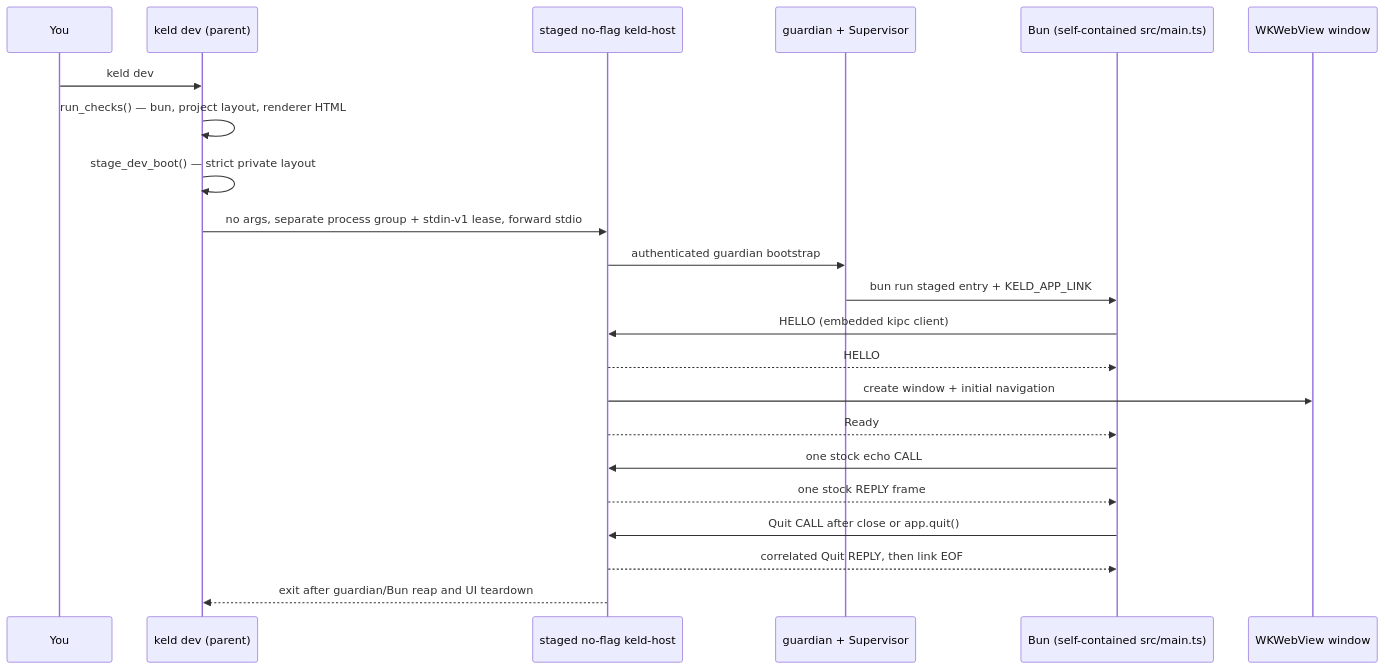
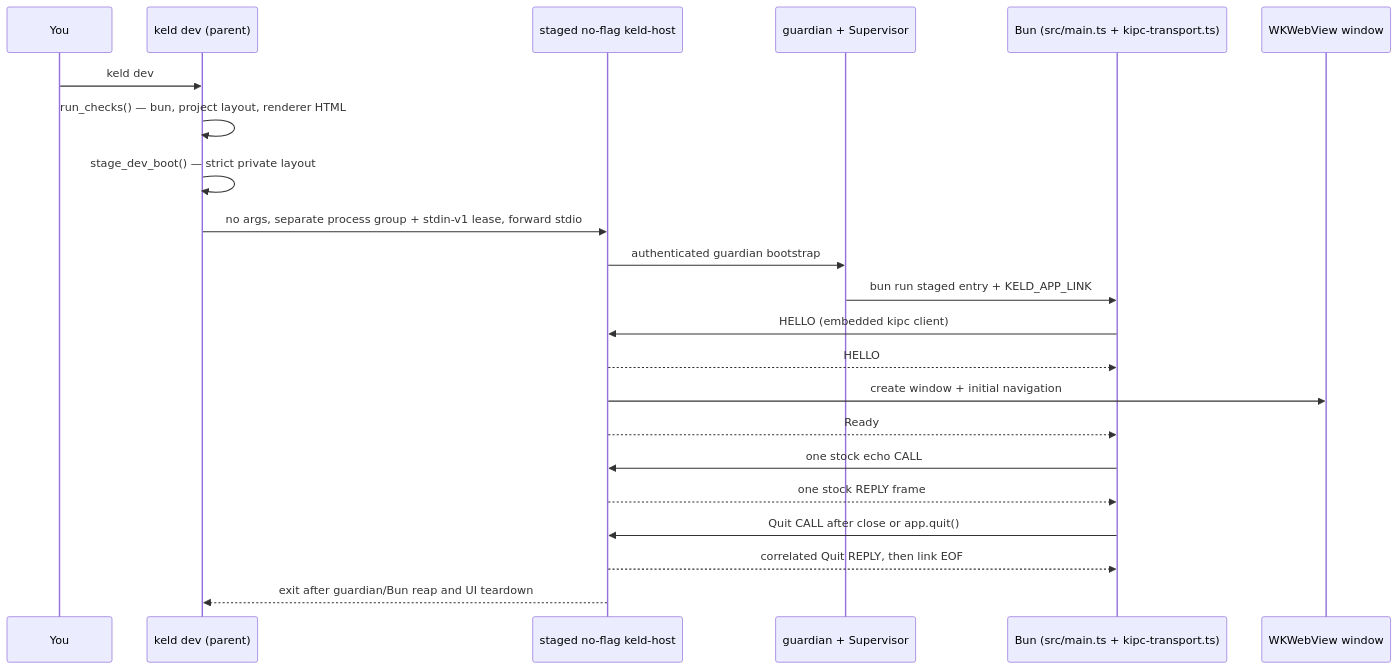
Before and after one commit to gyldlab/keld: the diagram in docs/onboarding/03-api-and-cli-surface.md, drawn with Mermaid. The commit also changed other lines of this file and 31 other files, not shown here.

First line of the commit message:
feat(ts): unify kipc app-link transport under one generated source (#221)

````diff
--- a/docs/onboarding/03-api-and-cli-surface.md
+++ b/docs/onboarding/03-api-and-cli-surface.md
@@ -724,27 +727,27 @@
 ```mermaid
 sequenceDiagram
     accTitle: Current generated app lifecycle on macOS
     accDescr: A developer runs keld dev. The CLI validates and stages the project, then launches a no-flag host. The host owns the guardian-supervised Bun child, authenticated echo and lifecycle session, and renderer window until Quit or CLI lease loss.
     participant Dev as You
     participant CLI as keld dev (parent)
     participant Host as staged no-flag keld-host
     participant Guard as guardian + Supervisor
-    participant Bun as Bun (self-contained src/main.ts)
+    participant Bun as Bun (src/main.ts + kipc-transport.ts)
     participant Win as WKWebView window
 
     Dev->>CLI: keld dev
     CLI->>CLI: run_checks() — bun, project layout, renderer HTML
     CLI->>CLI: stage_dev_boot() — strict private layout
     CLI->>Host: no args, separate process group + stdin-v1 lease, forward stdio
     Host->>Guard: authenticated guardian bootstrap
     Guard->>Bun: bun run staged entry + KELD_APP_LINK
     Bun->>Host: HELLO (embedded kipc client)
     Host-->>Bun: HELLO
     Host->>Win: create window + initial navigation
     Host-->>Bun: Ready
     Bun->>Host: one stock echo CALL
     Host-->>Bun: one stock REPLY frame
     Bun->>Host: Quit CALL after close or app.quit()
     Host-->>Bun: correlated Quit REPLY, then link EOF
     Host-->>CLI: exit after guardian/Bun reap and UI teardown
 ```
````
